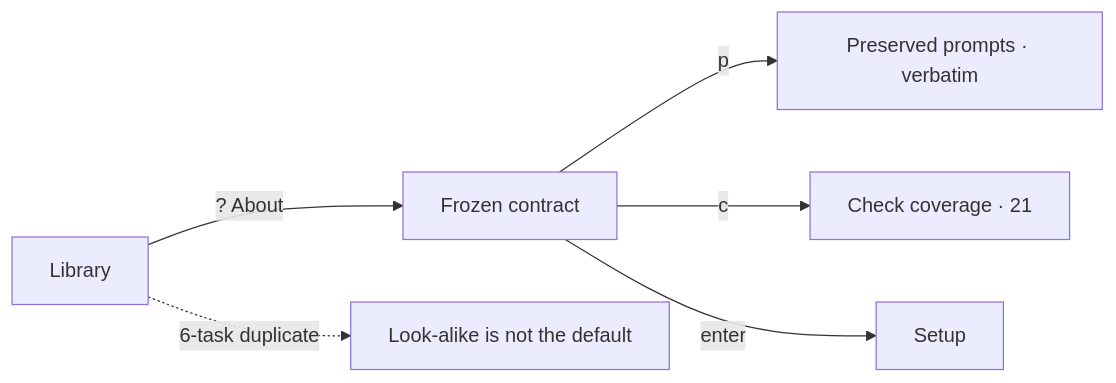
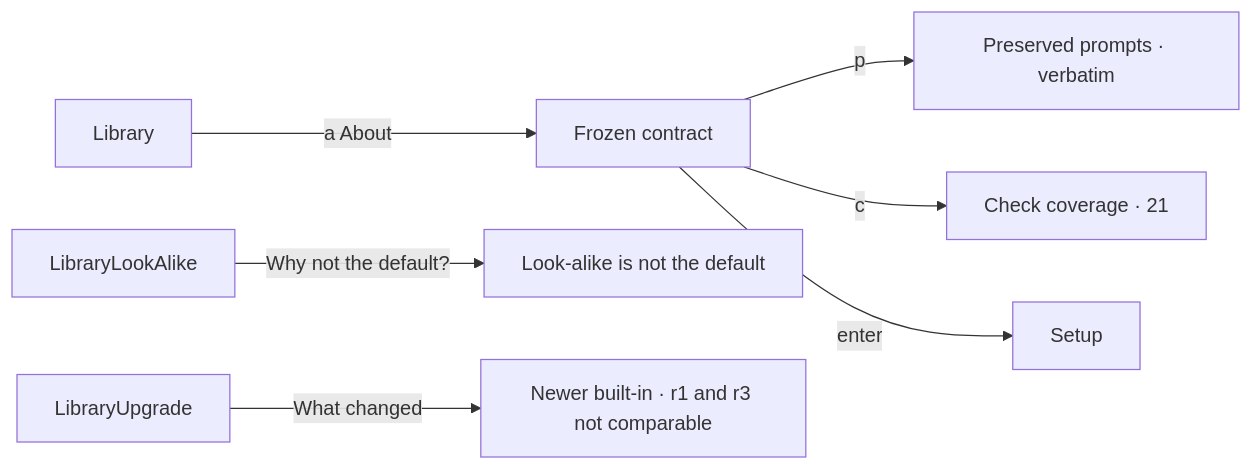
Diagram 14 of 23 in spec/design/wireframe-tui/navigation.md (AxionomicAI/AxBenchmark), drawn with Mermaid before and after one commit. The commit also changed other lines of this file and 228 other files, not shown here.

````diff
--- a/spec/design/wireframe-tui/navigation.md
+++ b/spec/design/wireframe-tui/navigation.md
@@ -260,8 +310,9 @@
 ```mermaid
 flowchart LR
-    Library -->|"? About"| InventoryAbout["Frozen contract"]
+    Library -->|"a About"| InventoryAbout["Frozen contract"]
     InventoryAbout -->|p| InventoryPrompts["Preserved prompts · verbatim"]
     InventoryAbout -->|c| InventoryChecks["Check coverage · 21"]
     InventoryAbout -->|enter| Setup
-    Library -.->|6-task duplicate| InventoryVariant["Look-alike is not the default"]
+    LibraryLookAlike -->|Why not the default?| InventoryVariant["Look-alike is not the default"]
+    LibraryUpgrade -->|What changed| InventoryUpgrade["Newer built-in · r1 and r3 not comparable"]
 ```
````
